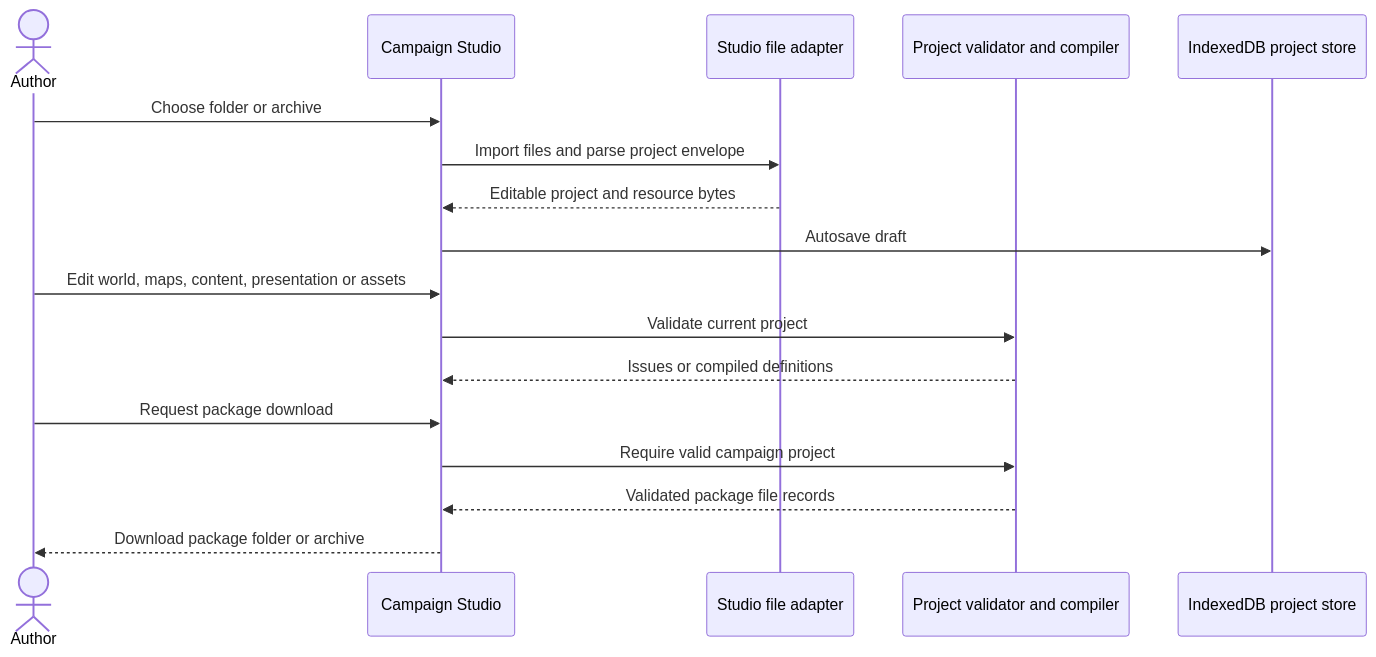
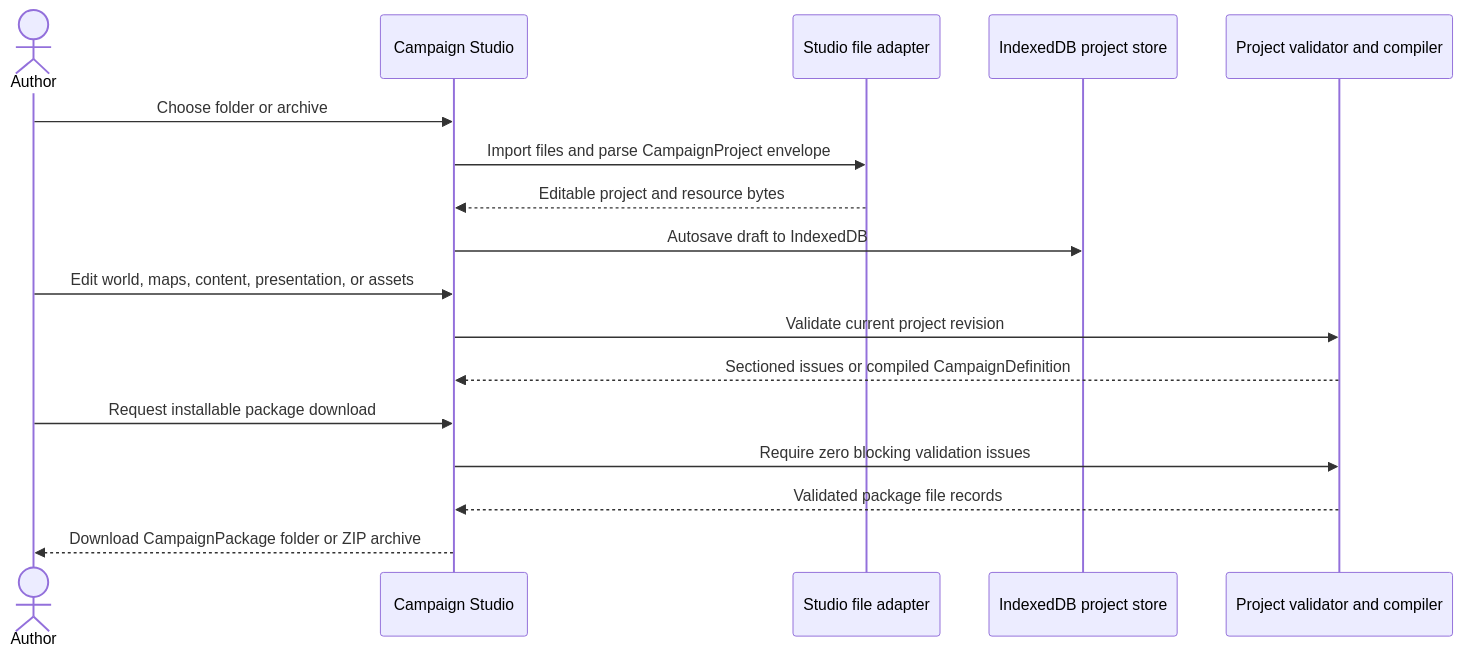
One commit to fsodano/granaderos changed the first of 2 diagrams in docs/architecture/use-cases/authoring.md. Above: the diagram before and after it, drawn with Mermaid. The commit also changed other lines of this file and 1182 other files, not shown here.

````diff
--- a/docs/architecture/use-cases/authoring.md
+++ b/docs/architecture/use-cases/authoring.md
@@ -268,19 +120,19 @@
 ```mermaid
 sequenceDiagram
   actor Author
   participant Studio as Campaign Studio
   participant Files as Studio file adapter
+  participant Storage as IndexedDB project store
   participant Project as Project validator and compiler
-  participant Storage as IndexedDB project store
   Author->>Studio: Choose folder or archive
-  Studio->>Files: Import files and parse project envelope
+  Studio->>Files: Import files and parse CampaignProject envelope
   Files-->>Studio: Editable project and resource bytes
-  Studio->>Storage: Autosave draft
-  Author->>Studio: Edit world, maps, content, presentation or assets
-  Studio->>Project: Validate current project
-  Project-->>Studio: Issues or compiled definitions
-  Author->>Studio: Request package download
-  Studio->>Project: Require valid campaign project
+  Studio->>Storage: Autosave draft to IndexedDB
+  Author->>Studio: Edit world, maps, content, presentation, or assets
+  Studio->>Project: Validate current project revision
+  Project-->>Studio: Sectioned issues or compiled CampaignDefinition
+  Author->>Studio: Request installable package download
+  Studio->>Project: Require zero blocking validation issues
   Project-->>Studio: Validated package file records
-  Studio-->>Author: Download package folder or archive
+  Studio-->>Author: Download CampaignPackage folder or ZIP archive
 ```
````
